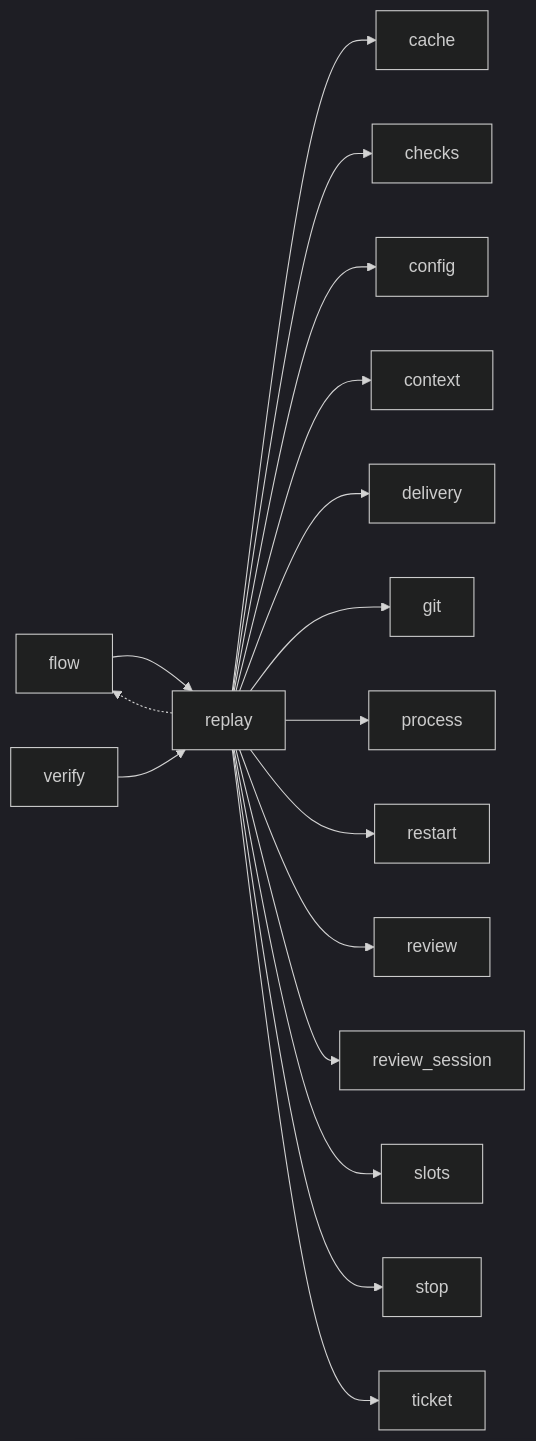
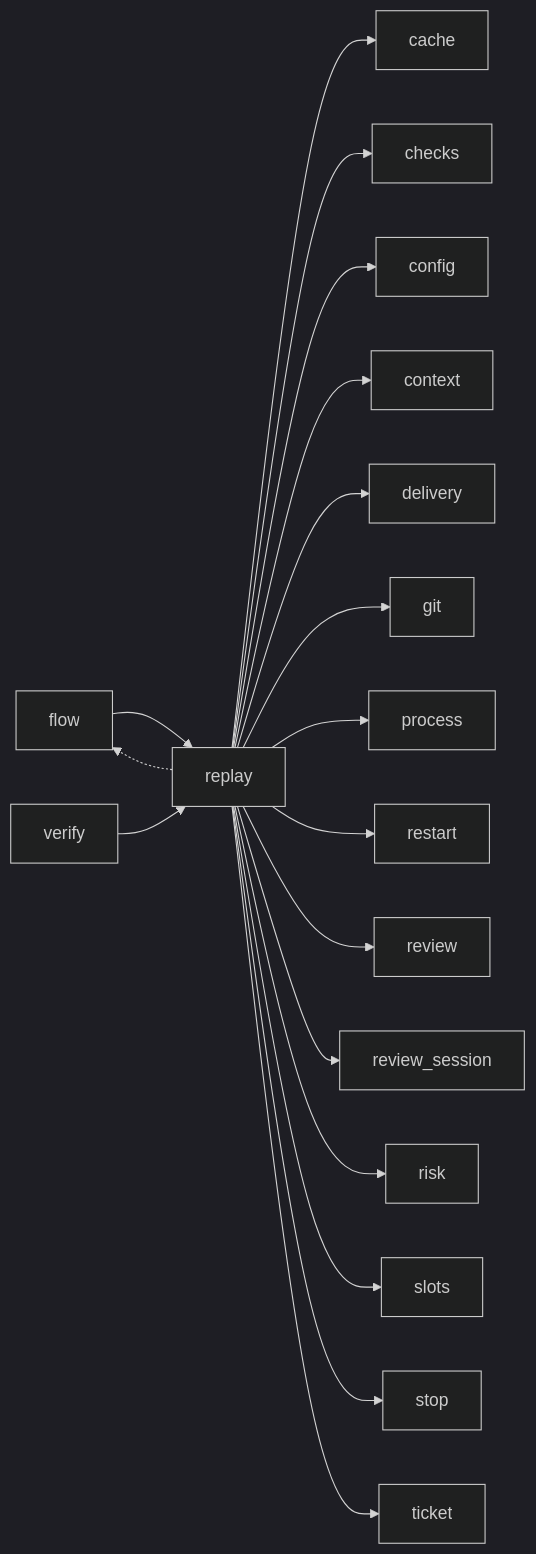
Before and after one commit to plaplanche/ariane: the third of 3 diagrams in docs/architecture/modules/replay.md, drawn with Mermaid (dark theme). The commit also changed other lines of this file and 29 other files, not shown here.

````diff
--- a/docs/architecture/modules/replay.md
+++ b/docs/architecture/modules/replay.md
@@ -86,19 +87,20 @@
 ```mermaid
 flowchart LR
   flow --> replay
   replay --> cache
   replay --> checks
   replay --> config
   replay --> context
   replay --> delivery
   replay -.-> flow
   replay --> git
   replay --> process
   replay --> restart
   replay --> review
   replay --> review_session
+  replay --> risk
   replay --> slots
   replay --> stop
   replay --> ticket
   verify --> replay
 ```
````
